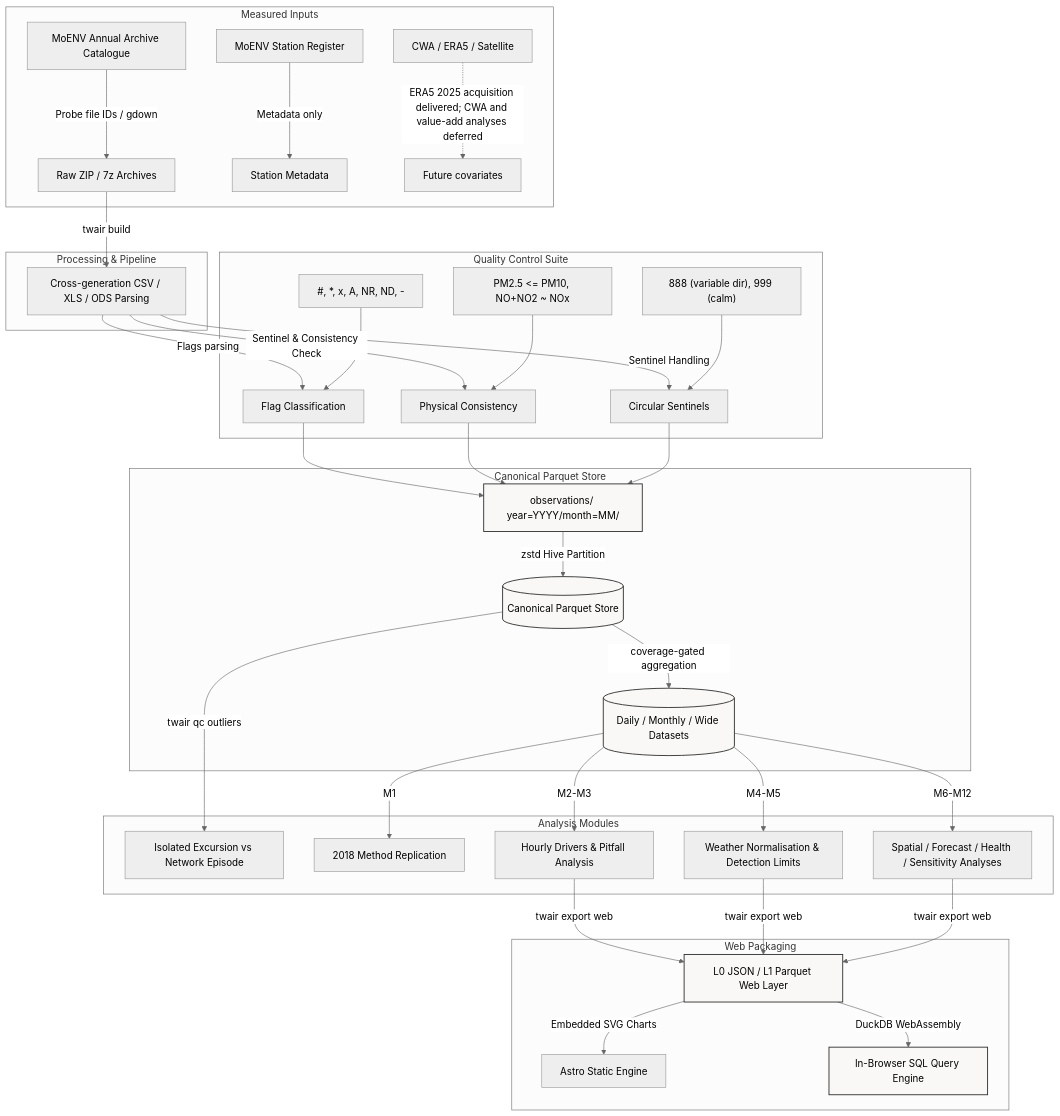
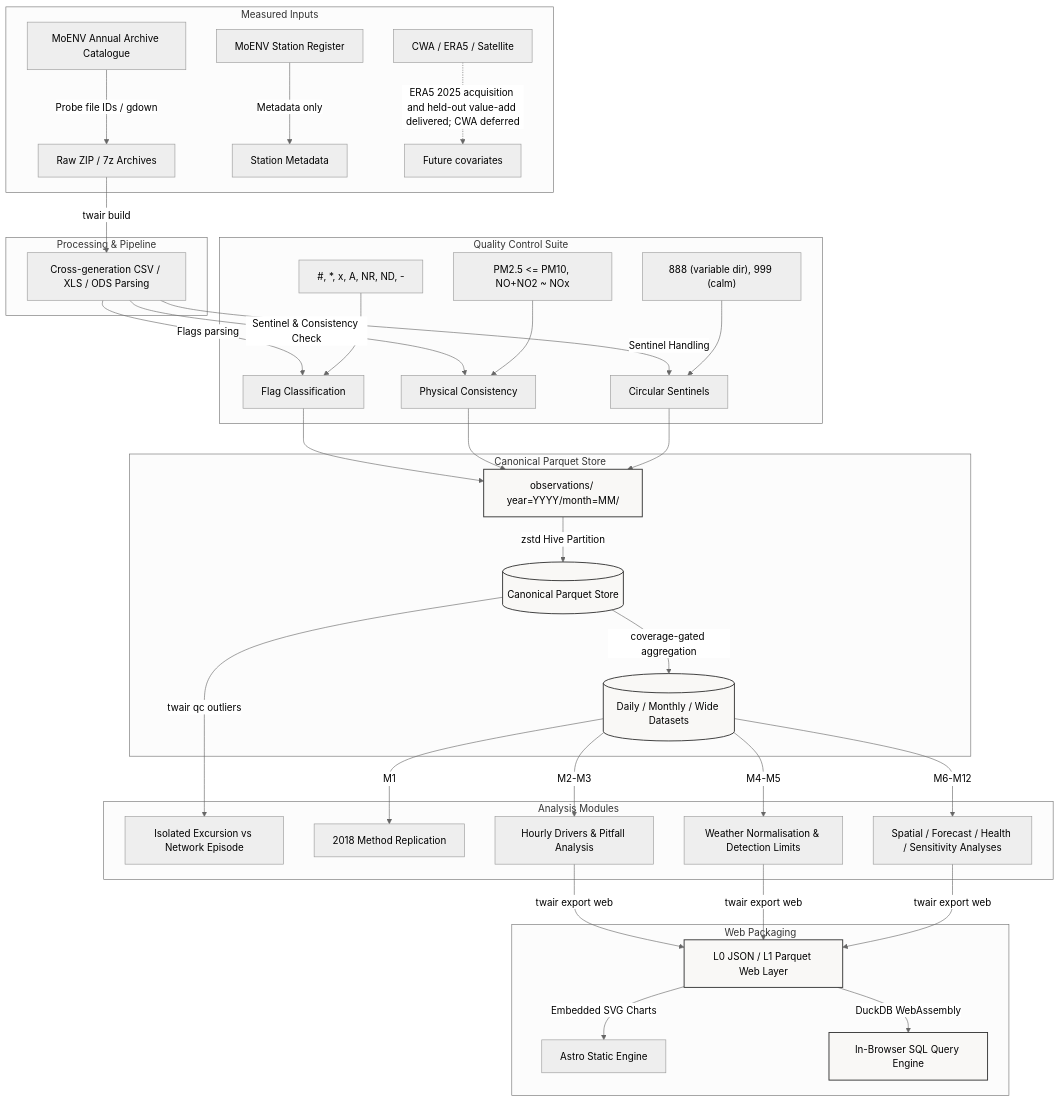
The diagram in README.en.md (kuotunyu/air-quality), drawn with Mermaid (neutral theme) before and after one commit. The commit also changed other lines of this file and 4 other files, not shown here.

First line of the commit message:
Record where ERA5 helps held-out prediction

````diff
--- a/README.en.md
+++ b/README.en.md
@@ -71,44 +71,44 @@
 ```mermaid
 flowchart TD
     subgraph Data Sources [Measured Inputs]
         A[MoENV Annual Archive Catalogue] -->|Probe file IDs / gdown| D[Raw ZIP / 7z Archives]
         B[MoENV Station Register] -->|Metadata only| S[Station Metadata]
-        C[CWA / ERA5 / Satellite] -.->|ERA5 2025 acquisition delivered; CWA and value-add analyses deferred| X[Future covariates]
+        C[CWA / ERA5 / Satellite] -.->|ERA5 2025 acquisition and held-out value-add delivered; CWA deferred| X[Future covariates]
     end
 
     subgraph Ingestion [Processing & Pipeline]
         D -->|twair build| G[Cross-generation CSV / XLS / ODS Parsing]
     end
 
     subgraph QC [Quality Control Suite]
         G -->|Flags parsing| H[Flag Classification]
         H_flag["#, *, x, A, NR, ND, -"] --> H
         G -->|Sentinel & Consistency Check| I[Physical Consistency]
         I_check["PM2.5 <= PM10, NO+NO2 ~ NOx"] --> I
         G -->|Sentinel Handling| J[Circular Sentinels]
         J_set["888 (variable dir), 999 (calm)"] --> J
     end
 
     subgraph Storage [Canonical Parquet Store]
         H & I & J --> K[observations/ year=YYYY/month=MM/]
         K -->|zstd Hive Partition| L[(Canonical Parquet Store)]
         L -->|coverage-gated aggregation| M[(Daily / Monthly / Wide Datasets)]
     end
 
     subgraph Analytics [Analysis Modules]
         L -->|twair qc outliers| N_out[Isolated Excursion vs Network Episode]
         M -->|M1| N[2018 Method Replication]
         M -->|M2-M3| O[Hourly Drivers & Pitfall Analysis]
         M -->|M4-M5| P[Weather Normalisation & Detection Limits]
         M -->|M6-M12| T[Spatial / Forecast / Health / Sensitivity Analyses]
     end
 
     subgraph Export [Web Packaging]
         O & P & T -->|twair export web| Q_json[L0 JSON / L1 Parquet Web Layer]
         Q_json -->|Embedded SVG Charts| R_astro[Astro Static Engine]
         Q_json -->|DuckDB WebAssembly| S_wasm[In-Browser SQL Query Engine]
     end
 
     classDef tech fill:#f9f8f6,stroke:#333,stroke-width:1.5px;
     class K,L,M,Q_json,S_wasm tech;
 ```
````
